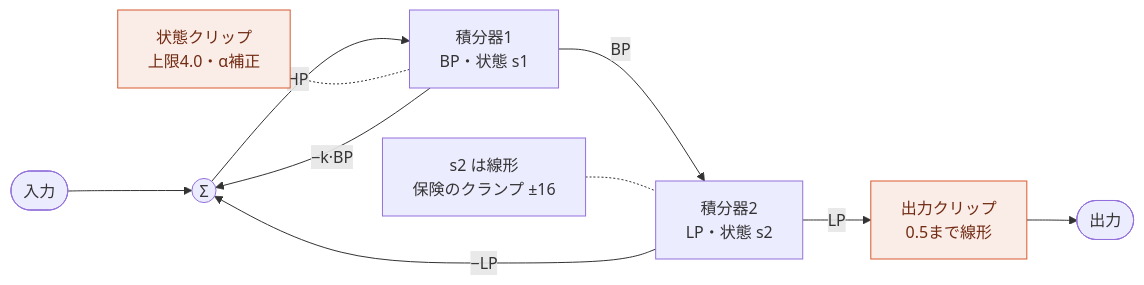
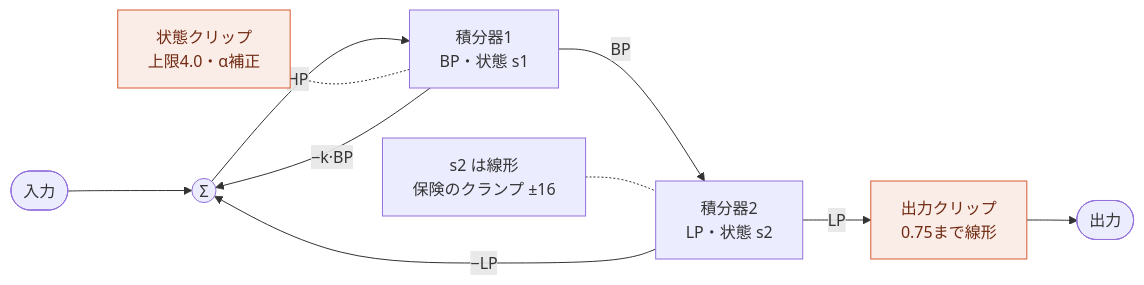
The third of 4 diagrams in spms1_type1/README.ja.md (risgk/midi_synthesizer_spms1), drawn with Mermaid before and after one commit. The commit also changed other lines of this file and 3 other files, not shown here.

````diff
--- a/spms1_type1/README.ja.md
+++ b/spms1_type1/README.ja.md
@@ -206,14 +206,14 @@
 ```mermaid
 flowchart LR
   IN([入力]) --> SUM((Σ))
   SUM -->|HP| I1["積分器1<br/>BP・状態 s1"]
   I1 -->|BP| I2["積分器2<br/>LP・状態 s2"]
-  I2 -->|LP| OC["出力クリップ<br/>0.5まで線形"]
+  I2 -->|LP| OC["出力クリップ<br/>0.75まで線形"]
   OC --> OUT([出力])
   SC["状態クリップ<br/>上限4.0・α補正"] -.- I1
   L2["s2 は線形<br/>保険のクランプ ±16"] -.- I2
   I1 -->|"−k·BP"| SUM
   I2 -->|"−LP"| SUM
   classDef nl fill:#FAECE7,stroke:#D85A30,color:#712B13
   class SC,OC nl
 ```
````
